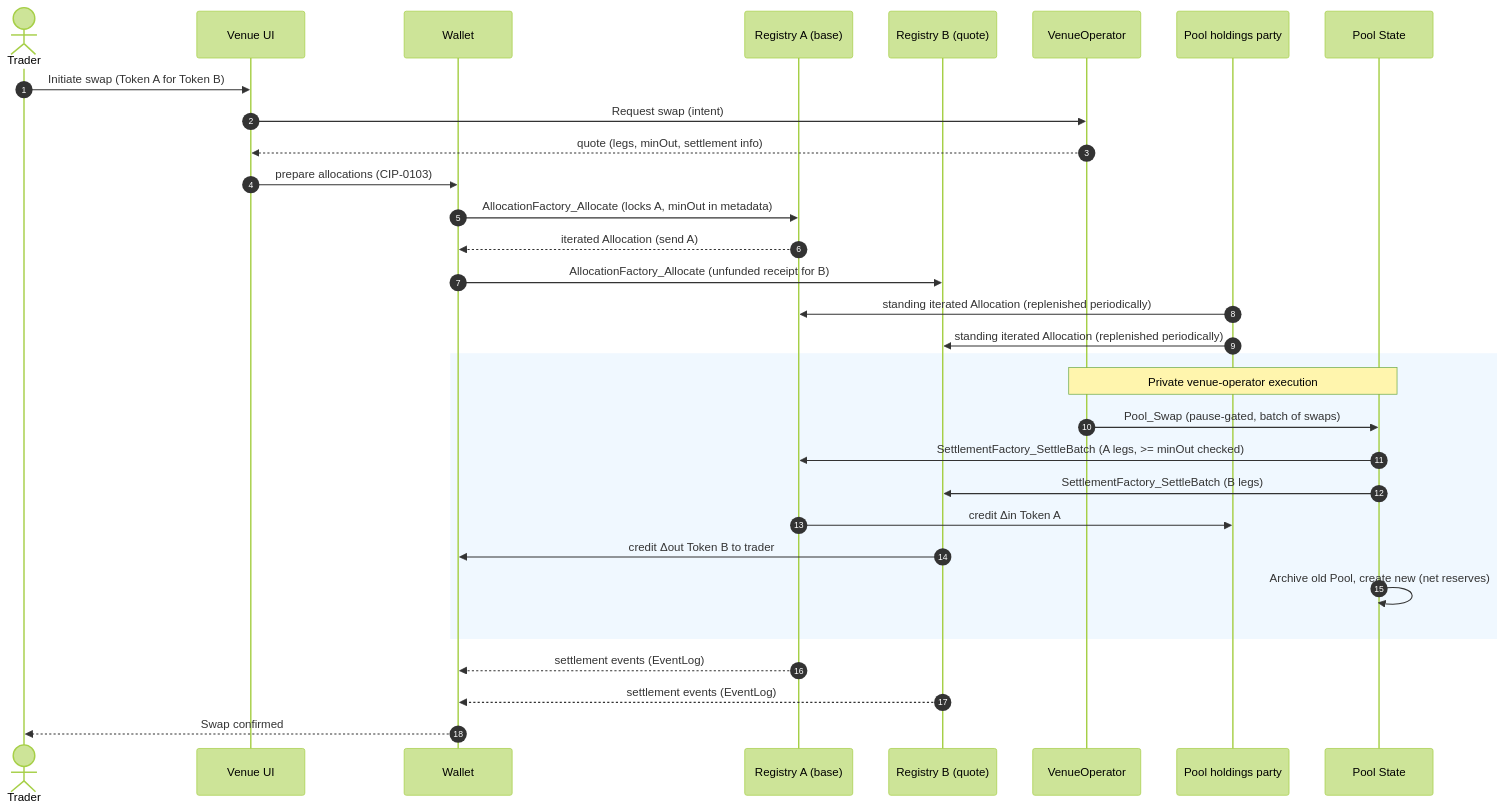
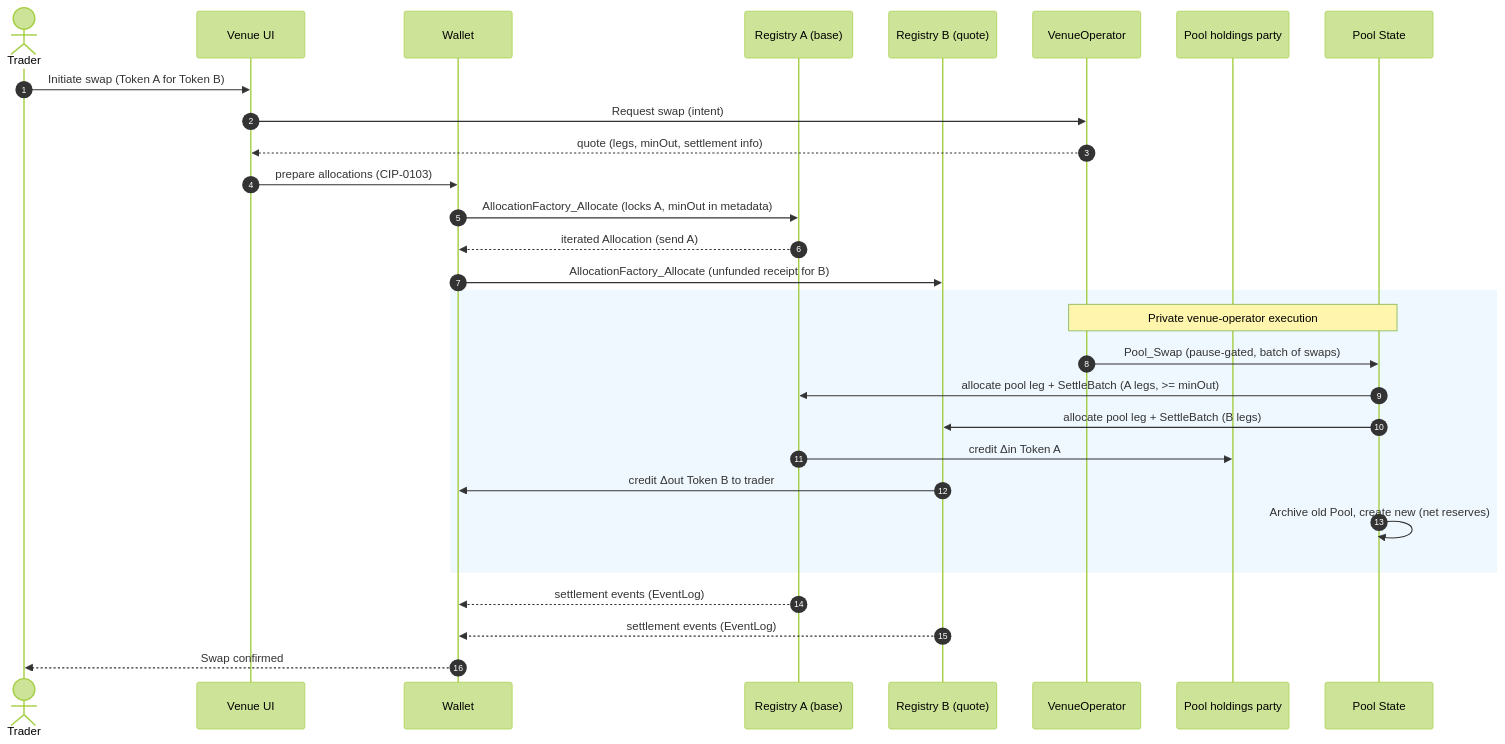
One commit to OpenZeppelin/canton-specs changed the fourth of 4 diagrams in docs/reference-architectures/dex.md. Above: the diagram before and after it, drawn with Mermaid (forest theme). The commit also changed other lines of this file, not shown here.

````diff
--- a/docs/reference-architectures/dex.md
+++ b/docs/reference-architectures/dex.md
@@ -390,36 +393,33 @@
 ```mermaid
 sequenceDiagram
     autonumber
     actor Trader
     participant VenueUI as Venue UI
     participant Wallet
     participant RegA as Registry A (base)
     participant RegB as Registry B (quote)
     participant VenueOperator
     participant PoolHoldings as Pool holdings party
     participant PoolContract as Pool State
 
     Trader->>VenueUI: Initiate swap (Token A for Token B)
     VenueUI->>VenueOperator: Request swap (intent)
     VenueOperator-->>VenueUI: quote (legs, minOut, settlement info)
     VenueUI->>Wallet: prepare allocations (CIP-0103)
     Wallet->>RegA: AllocationFactory_Allocate (locks A, minOut in metadata)
     RegA-->>Wallet: iterated Allocation (send A)
     Wallet->>RegB: AllocationFactory_Allocate (unfunded receipt for B)
-    PoolHoldings->>RegA: standing iterated Allocation (replenished periodically)
-    PoolHoldings->>RegB: standing iterated Allocation (replenished periodically)
-
     rect rgb(240, 248, 255)
     Note over VenueOperator, PoolContract: Private venue-operator execution
     VenueOperator->>PoolContract: Pool_Swap (pause-gated, batch of swaps)
-    PoolContract->>RegA: SettlementFactory_SettleBatch (A legs, >= minOut checked)
-    PoolContract->>RegB: SettlementFactory_SettleBatch (B legs)
+    PoolContract->>RegA: allocate pool leg + SettleBatch (A legs, >= minOut)
+    PoolContract->>RegB: allocate pool leg + SettleBatch (B legs)
     RegA->>PoolHoldings: credit Δin Token A
     RegB->>Wallet: credit Δout Token B to trader
     PoolContract->>PoolContract: Archive old Pool, create new (net reserves)
     end
 
     RegA-->>Wallet: settlement events (EventLog)
     RegB-->>Wallet: settlement events (EventLog)
     Wallet-->>Trader: Swap confirmed
 ```
````
